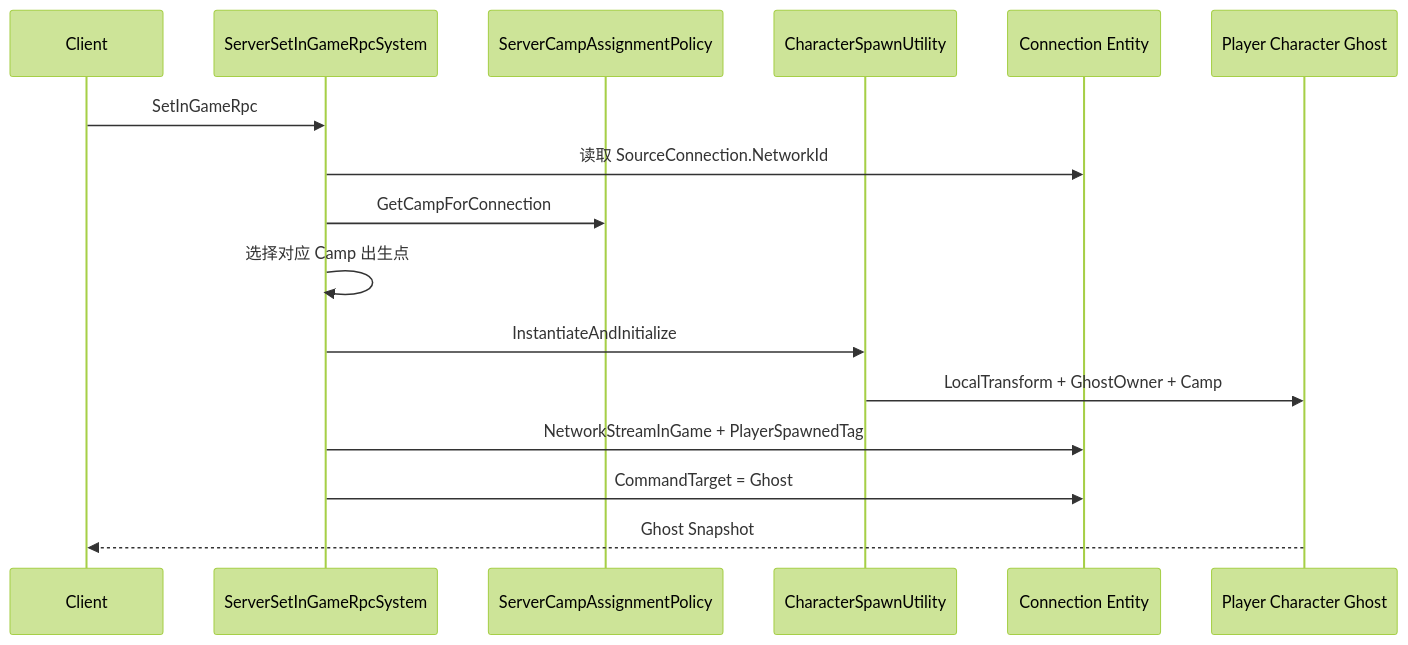
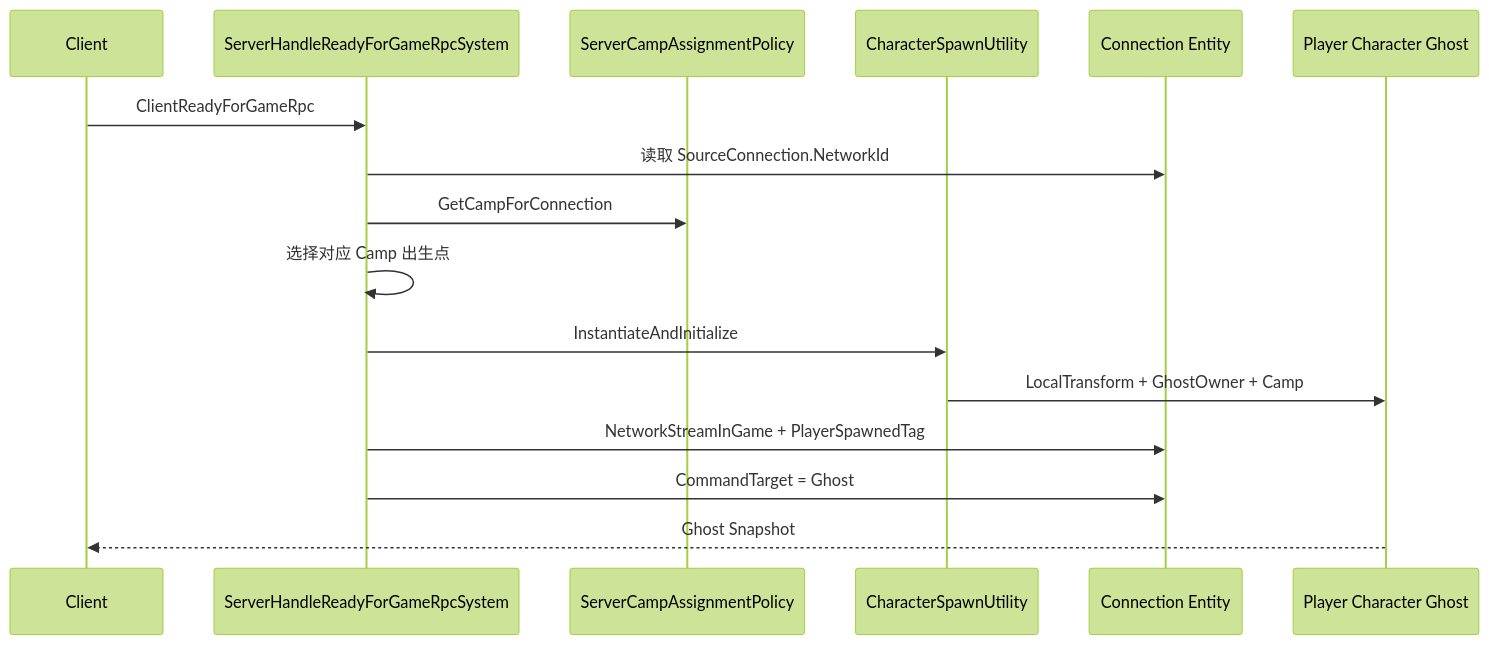
Before and after one commit to mcaswen/AnimarsCatcher: the fourth of 4 diagrams in docs/Architecture/04_StartupAndMatchFlow.md, drawn with Mermaid (forest theme). The commit also changed other lines of this file and 391 other files, not shown here.

````diff
--- a/docs/Architecture/04_StartupAndMatchFlow.md
+++ b/docs/Architecture/04_StartupAndMatchFlow.md
@@ -108,19 +108,19 @@
 ```mermaid
 sequenceDiagram
     participant Client
-    participant SetInGame as ServerSetInGameRpcSystem
+    participant ReadyHandler as ServerHandleReadyForGameRpcSystem
     participant Policy as ServerCampAssignmentPolicy
     participant Spawn as CharacterSpawnUtility
     participant Conn as Connection Entity
     participant Ghost as Player Character Ghost
 
-    Client->>SetInGame: SetInGameRpc
-    SetInGame->>Conn: 读取 SourceConnection.NetworkId
-    SetInGame->>Policy: GetCampForConnection
-    SetInGame->>SetInGame: 选择对应 Camp 出生点
-    SetInGame->>Spawn: InstantiateAndInitialize
+    Client->>ReadyHandler: ClientReadyForGameRpc
+    ReadyHandler->>Conn: 读取 SourceConnection.NetworkId
+    ReadyHandler->>Policy: GetCampForConnection
+    ReadyHandler->>ReadyHandler: 选择对应 Camp 出生点
+    ReadyHandler->>Spawn: InstantiateAndInitialize
     Spawn->>Ghost: LocalTransform + GhostOwner + Camp
-    SetInGame->>Conn: NetworkStreamInGame + PlayerSpawnedTag
-    SetInGame->>Conn: CommandTarget = Ghost
+    ReadyHandler->>Conn: NetworkStreamInGame + PlayerSpawnedTag
+    ReadyHandler->>Conn: CommandTarget = Ghost
     Ghost-->>Client: Ghost Snapshot
 ```
````
